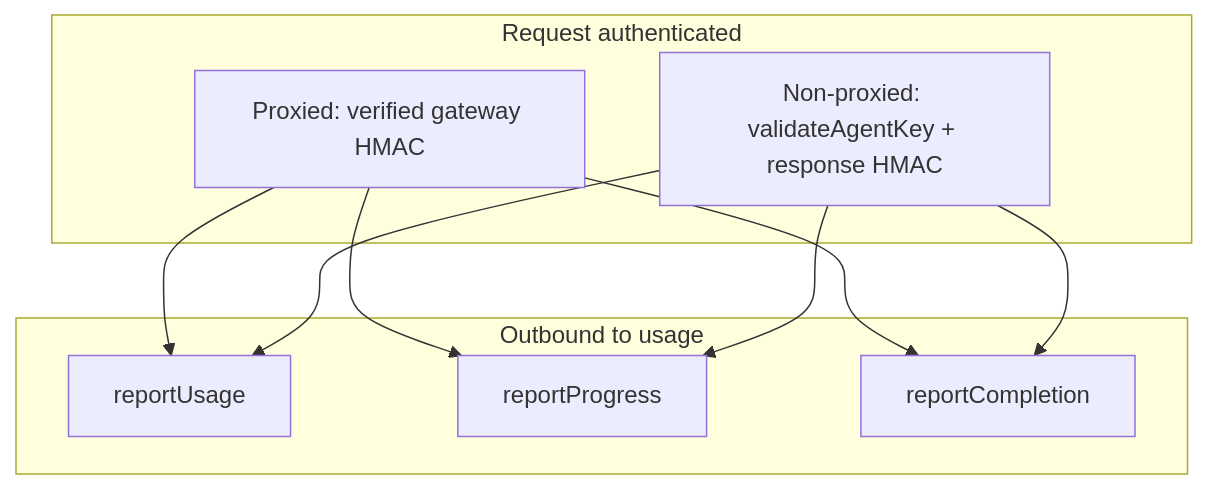
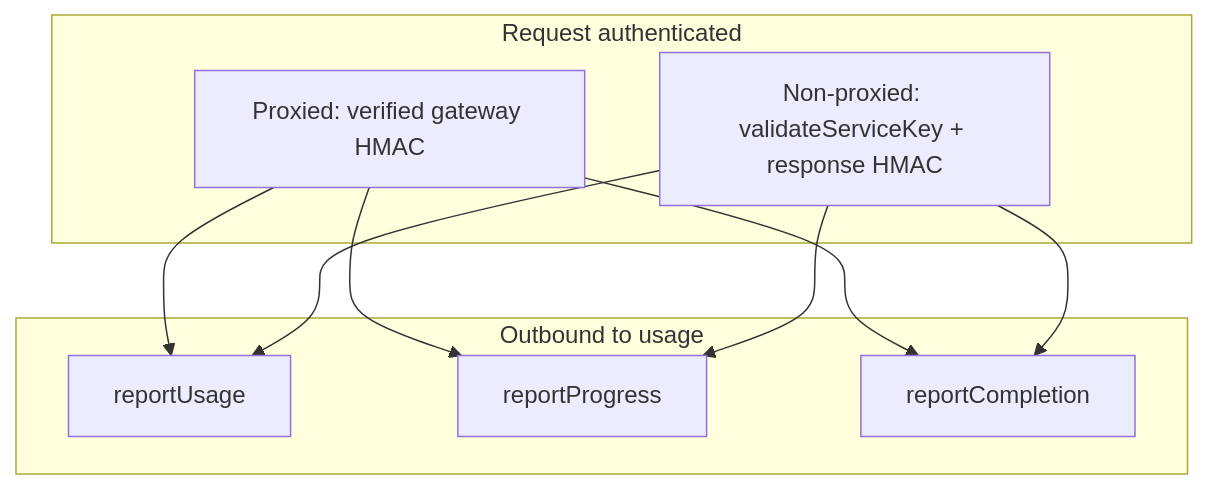
Before and after one commit to tollara/tollara-sdk: the seventh of 8 diagrams in docs/sdk-callers-and-backends.md, drawn with Mermaid. The commit also changed other lines of this file and 97 other files, not shown here.

Commit message:
Terminology update for AgentVend Service SDK

````diff
--- a/docs/sdk-callers-and-backends.md
+++ b/docs/sdk-callers-and-backends.md
@@ -183,20 +183,20 @@
 ```mermaid
 flowchart TB
   subgraph Auth["Request authenticated"]
     P[Proxied: verified gateway HMAC]
-    N[Non-proxied: validateAgentKey + response HMAC]
+    N[Non-proxied: validateServiceKey + response HMAC]
   end
 
   subgraph Outbound["Outbound to usage"]
     R[reportUsage]
     PR[reportProgress]
     C[reportCompletion]
   end
 
   P --> R
   P --> PR
   P --> C
   N --> R
   N --> PR
   N --> C
 ```
````
